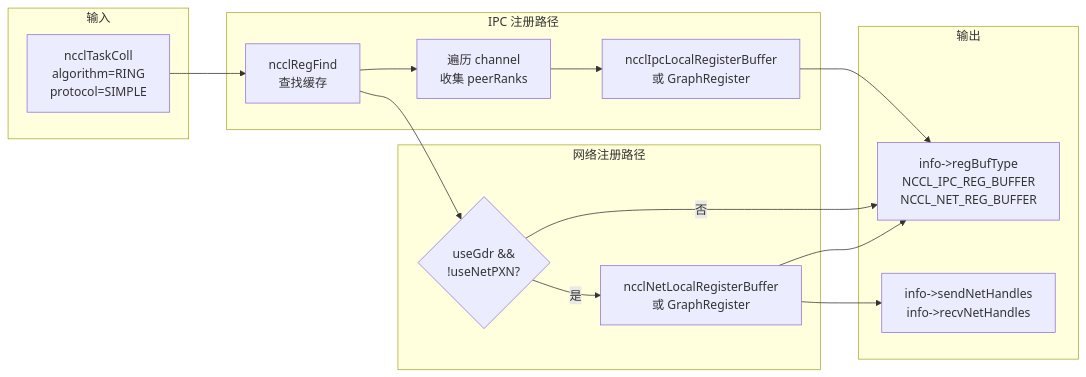
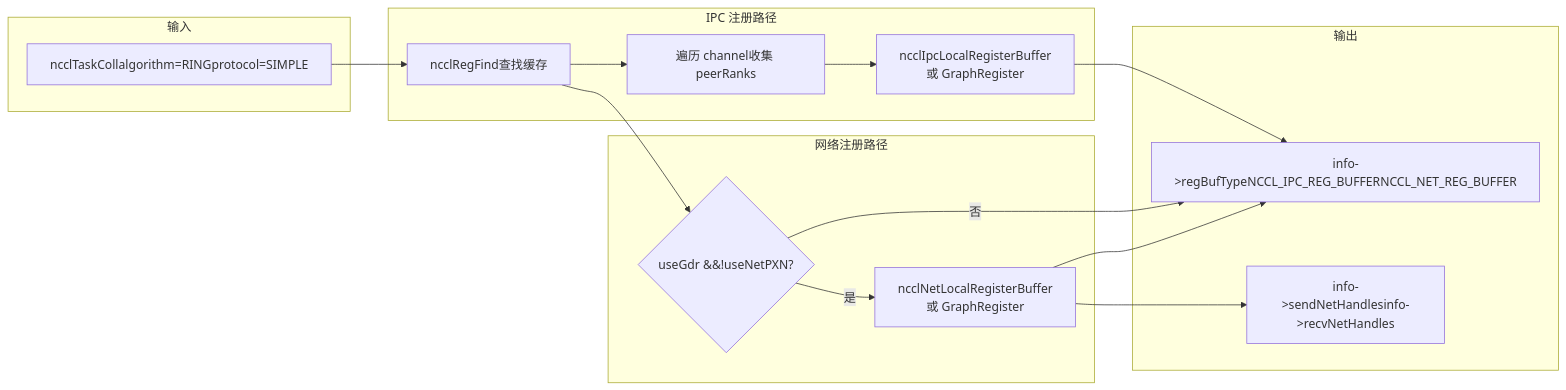
The second of 3 diagrams in books/nccl/en/18-memory-allocator-and-registration-cache.md (maleRjc/AiReadCodeBooks), drawn with Mermaid before and after one commit. The commit also changed other lines of this file and 80 other files, not shown here.

````diff
--- a/books/nccl/en/18-memory-allocator-and-registration-cache.md
+++ b/books/nccl/en/18-memory-allocator-and-registration-cache.md
@@ -307,28 +307,28 @@
 ```mermaid
 flowchart LR
     subgraph input["输入"]
-        task["ncclTaskColl<br/>algorithm=RING<br/>protocol=SIMPLE"]
+        task["ncclTaskCollalgorithm=RINGprotocol=SIMPLE"]
     end
     subgraph ipc["IPC 注册路径"]
-        find["ncclRegFind<br/>查找缓存"]
-        collect["遍历 channel<br/>收集 peerRanks"]
-        ipcReg["ncclIpcLocalRegisterBuffer<br/>或 GraphRegister"]
+        find["ncclRegFind查找缓存"]
+        collect["遍历 channel收集 peerRanks"]
+        ipcReg["ncclIpcLocalRegisterBuffer或 GraphRegister"]
     end
     subgraph net["网络注册路径"]
-        checkGdr{"useGdr &&<br/>!useNetPXN?"}
-        netReg["ncclNetLocalRegisterBuffer<br/>或 GraphRegister"]
+        checkGdr{"useGdr &&!useNetPXN?"}
+        netReg["ncclNetLocalRegisterBuffer或 GraphRegister"]
     end
     subgraph output["输出"]
-        regType["info->regBufType<br/>NCCL_IPC_REG_BUFFER<br/>NCCL_NET_REG_BUFFER"]
-        handles["info->sendNetHandles<br/>info->recvNetHandles"]
+        regType["info->regBufTypeNCCL_IPC_REG_BUFFERNCCL_NET_REG_BUFFER"]
+        handles["info->sendNetHandlesinfo->recvNetHandles"]
     end
     task --> find
     find --> collect
     collect --> ipcReg
     ipcReg --> regType
     find --> checkGdr
     checkGdr -->|"是"| netReg
     checkGdr -->|"否"| regType
     netReg --> regType
     netReg --> handles
 ```
````
